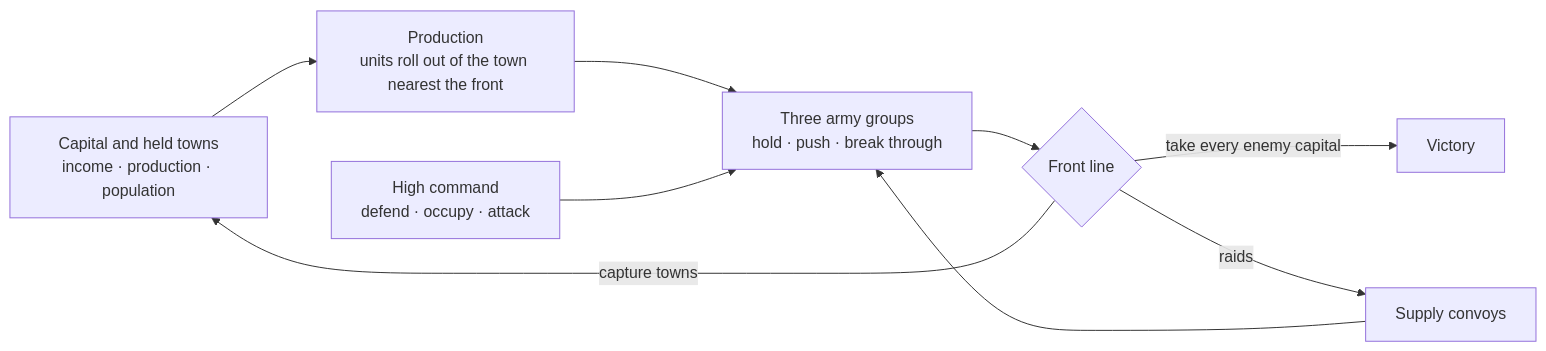
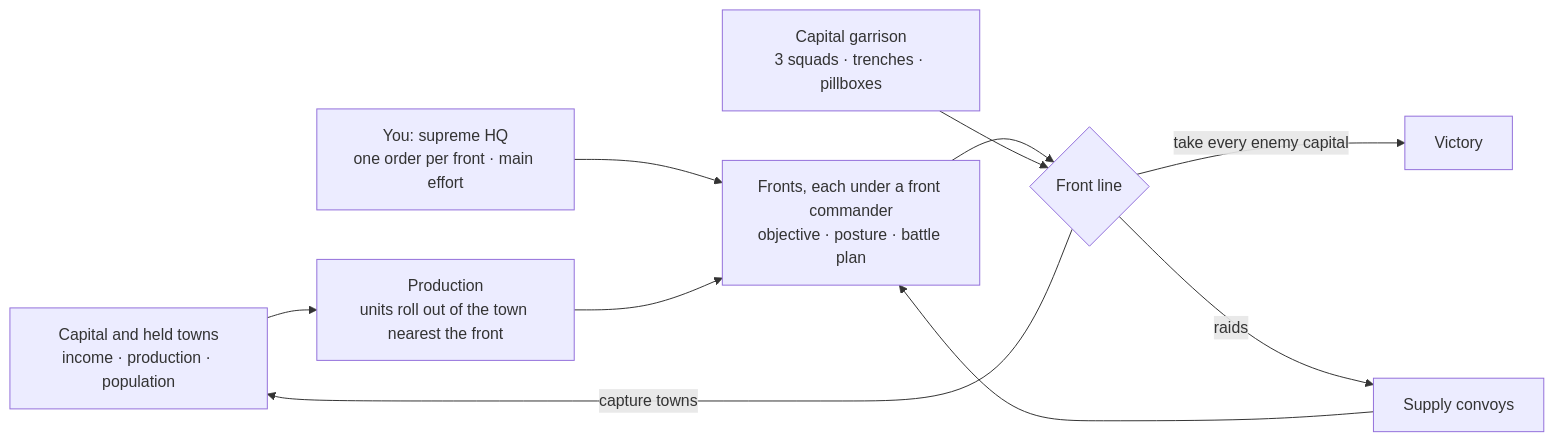
The first of 2 diagrams in README.md (Zwl20085/LittleWarGame), drawn with Mermaid before and after one commit. The commit also changed other lines of this file and 9 other files, not shown here.

First line of the commit message:
docs: README 2.0 (en + zh) — supreme-HQ orders, front commanders, structures, armour, challenge lab, roadmap

````diff
--- a/README.md
+++ b/README.md
@@ -135,11 +164,12 @@
 ```mermaid
 flowchart LR
   A[Capital and held towns<br/>income · production · population] --> B[Production<br/>units roll out of the town nearest the front]
-  B --> C[Three army groups<br/>hold · push · break through]
-  H[High command<br/>defend · occupy · attack] --> C
+  H[You: supreme HQ<br/>one order per front · main effort] --> C
+  B --> C[Fronts, each under a front commander<br/>objective · posture · battle plan]
   C --> D{Front line}
+  G[Capital garrison<br/>3 squads · trenches · pillboxes] --> D
   D -- capture towns --> A
   D -- take every enemy capital --> V[Victory]
   S[Supply convoys] --> C
   D -- raids --> S
 ```
````
